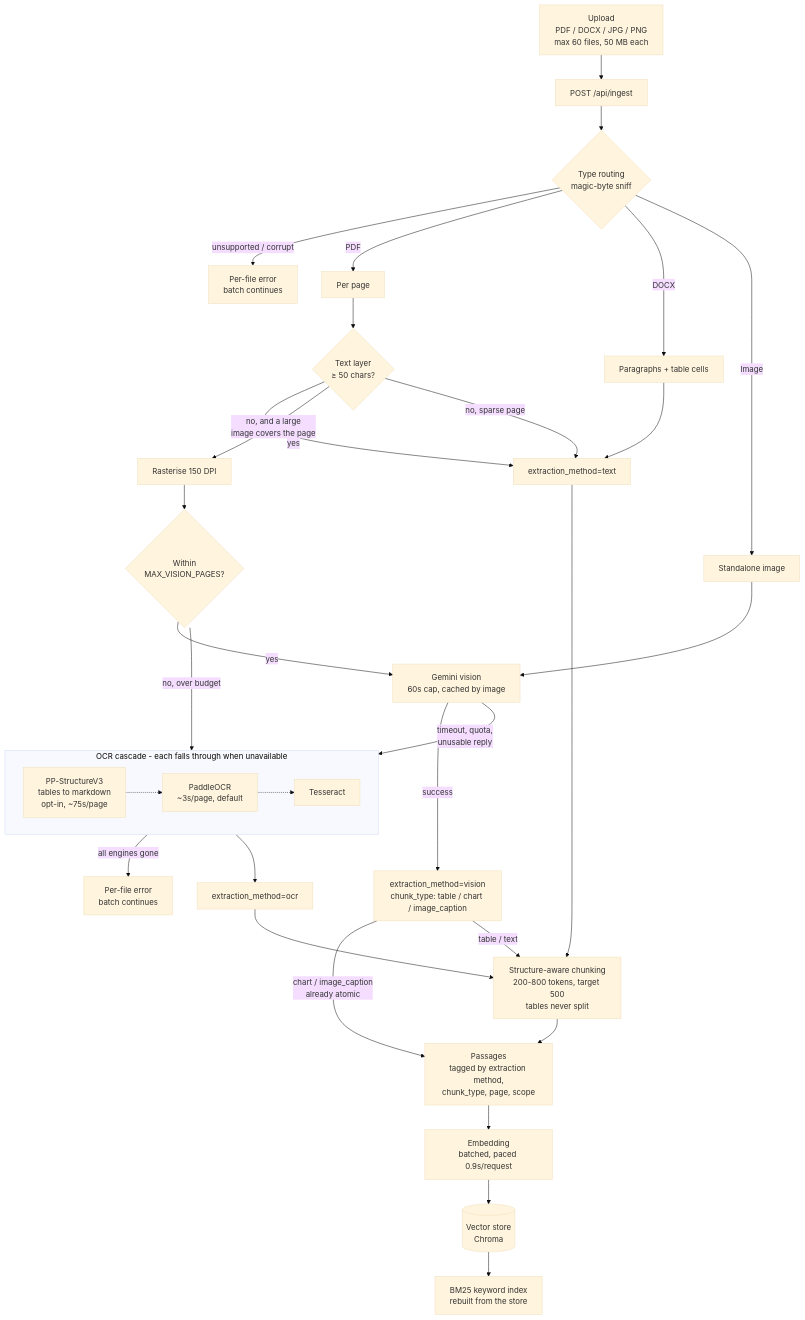
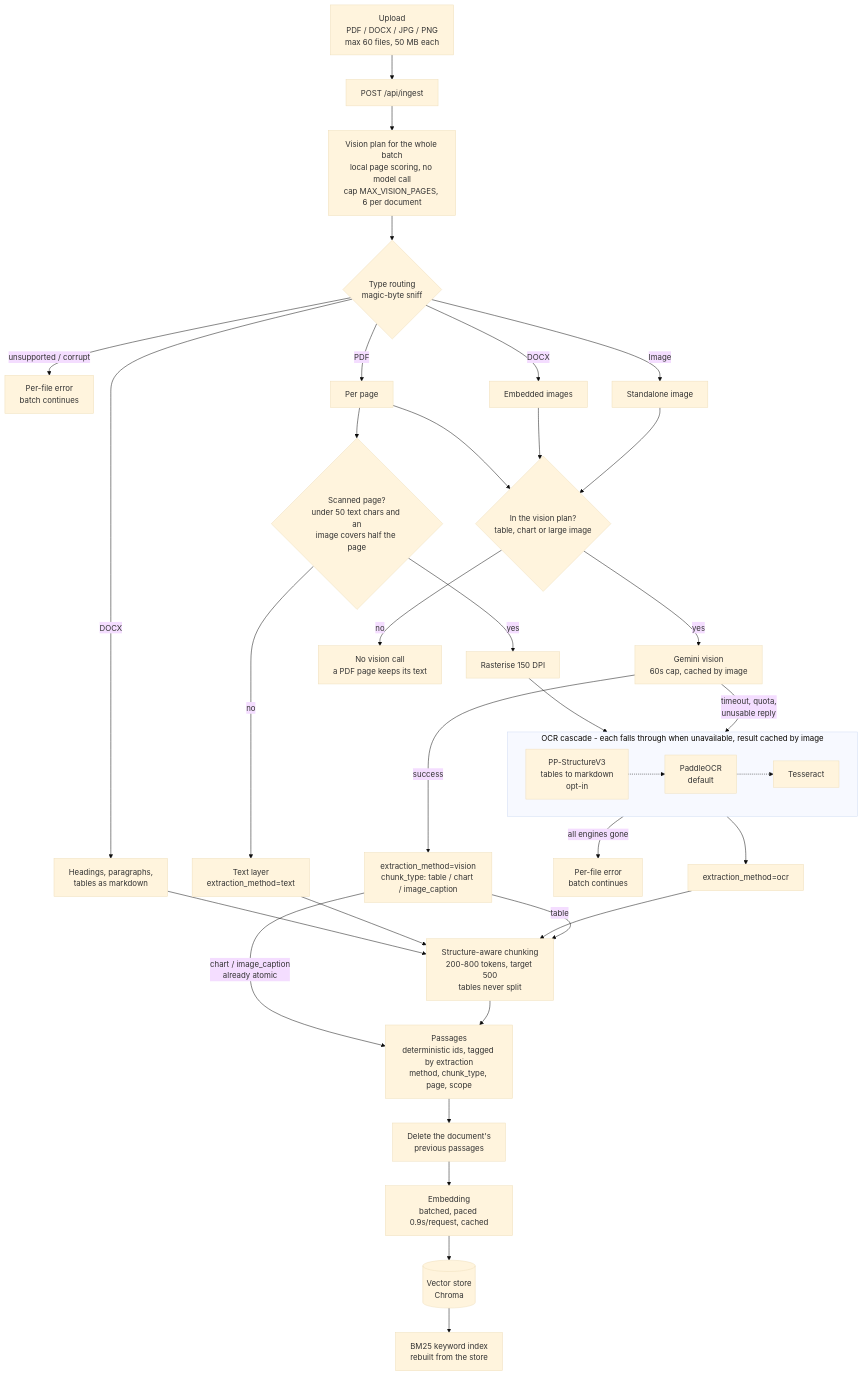
One commit to ikeshavvarshney/RAG-System changed the first of 3 diagrams in docs/03-system-architecture.md. Above: the diagram before and after it, drawn with Mermaid (base theme). The commit also changed other lines of this file and 5 other files, not shown here.

Commit message:
docs: bring architecture, decisions and guides in line with the code

````diff
--- a/docs/03-system-architecture.md
+++ b/docs/03-system-architecture.md
@@ -9,43 +9,45 @@
 ```mermaid
 flowchart TD
     UP["Upload<br/>PDF / DOCX / JPG / PNG<br/>max 60 files, 50 MB each"]
     EP["POST /api/ingest"]
+    PLAN["Vision plan for the whole batch<br/>local page scoring, no model call<br/>cap MAX_VISION_PAGES, 6 per document"]
     ROUTE{"Type routing<br/>magic-byte sniff"}
-    UP --> EP --> ROUTE
+    UP --> EP --> PLAN --> ROUTE
     ROUTE -->|unsupported / corrupt| SKIP["Per-file error<br/>batch continues"]
 
     ROUTE -->|PDF| PDFPAGE["Per page"]
-    ROUTE -->|DOCX| DOCX["Paragraphs + table cells"]
+    ROUTE -->|DOCX| DOCX["Headings, paragraphs,<br/>tables as markdown"]
+    ROUTE -->|DOCX| DOCIMG["Embedded images"]
     ROUTE -->|Image| IMG["Standalone image"]
 
-    PDFPAGE --> SCAN{"Text layer<br/>&ge; 50 chars?"}
-    SCAN -->|yes| TEXT["extraction_method=text"]
-    SCAN -->|"no, and a large<br/>image covers the page"| RENDER["Rasterise 150 DPI"]
-    SCAN -->|"no, sparse page"| TEXT
-
-    RENDER --> BUDGET{"Within<br/>MAX_VISION_PAGES?"}
-    IMG --> VLM
-    BUDGET -->|yes| VLM["Gemini vision<br/>60s cap, cached by image"]
-    BUDGET -->|"no, over budget"| OCR
+    PDFPAGE --> SCAN{"Scanned page?<br/>under 50 text chars and an<br/>image covers half the page"}
+    SCAN -->|yes| RENDER["Rasterise 150 DPI"] --> OCR
+    SCAN -->|no| TEXT["Text layer<br/>extraction_method=text"]
+    PDFPAGE --> SEL{"In the vision plan?<br/>table, chart or large image"}
+    DOCIMG --> SEL
+    IMG --> SEL
+    SEL -->|yes| VLM["Gemini vision<br/>60s cap, cached by image"]
+    SEL -->|no| NOVIS["No vision call<br/>a PDF page keeps its text"]
 
     VLM -->|success| VIS["extraction_method=vision<br/>chunk_type: table / chart / image_caption"]
     VLM -->|"timeout, quota,<br/>unusable reply"| OCR
 
-    subgraph OCRCASCADE["OCR cascade - each falls through when unavailable"]
+    subgraph OCRCASCADE["OCR cascade - each falls through when unavailable, result cached by image"]
         direction LR
-        OCR["PP-StructureV3<br/>tables to markdown<br/>opt-in, ~75s/page"] -.-> OCR2["PaddleOCR<br/>~3s/page, default"] -.-> OCR3["Tesseract"]
+        OCR["PP-StructureV3<br/>tables to markdown<br/>opt-in"] -.-> OCR2["PaddleOCR<br/>default"] -.-> OCR3["Tesseract"]
     end
     OCR3 -->|all engines gone| FAIL["Per-file error<br/>batch continues"]
     OCRCASCADE --> OCRD["extraction_method=ocr"]
 
-    DOCX --> TEXT
+    DOCX --> SPLIT
     TEXT --> SPLIT["Structure-aware chunking<br/>200-800 tokens, target 500<br/>tables never split"]
     OCRD --> SPLIT
     VIS -->|"chart / image_caption<br/>already atomic"| CHUNKS
-    VIS -->|table / text| SPLIT
+    VIS -->|table| SPLIT
 
-    SPLIT --> CHUNKS["Passages<br/>tagged by extraction method,<br/>chunk_type, page, scope"]
-    CHUNKS --> EMB["Embedding<br/>batched, paced 0.9s/request"]
+    SPLIT --> CHUNKS["Passages<br/>deterministic ids, tagged by extraction<br/>method, chunk_type, page, scope"]
+    CHUNKS --> REPLACE["Delete the document's<br/>previous passages"]
+    REPLACE --> EMB["Embedding<br/>batched, paced 0.9s/request, cached"]
     EMB --> VS[("Vector store<br/>Chroma")]
     VS --> KW["BM25 keyword index<br/>rebuilt from the store"]
 ```
````
